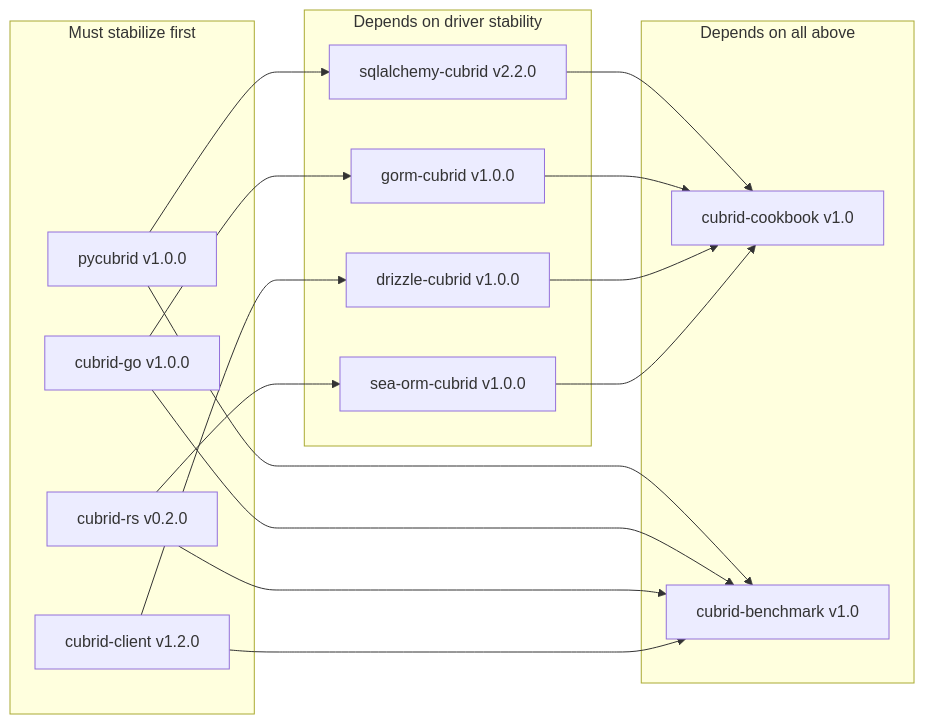
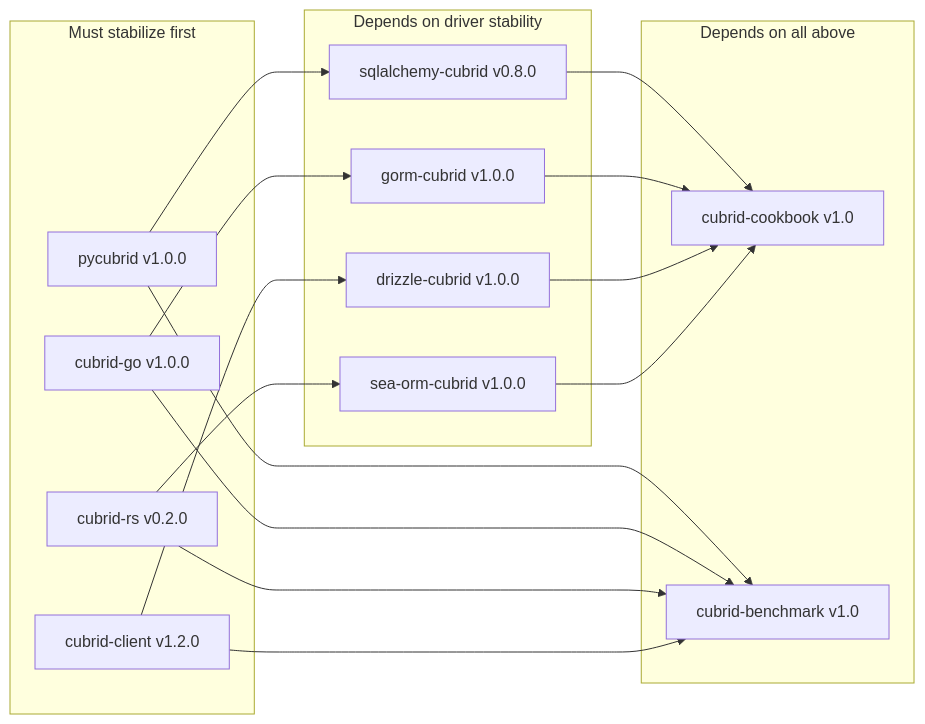
The second of 2 diagrams in ROADMAP.md (cubrid-labs/.github), drawn with Mermaid before and after one commit. The commit also changed other lines of this file and 2 other files, not shown here.

````diff
--- a/ROADMAP.md
+++ b/ROADMAP.md
@@ -81,34 +81,34 @@
 ```mermaid
 graph LR
     subgraph "Must stabilize first"
         A[pycubrid v1.0.0]
         B[cubrid-go v1.0.0]
         C[cubrid-rs v0.2.0]
         D[cubrid-client v1.2.0]
     end
 
     subgraph "Depends on driver stability"
-        E[sqlalchemy-cubrid v2.2.0]
+        E[sqlalchemy-cubrid v0.8.0]
         F[gorm-cubrid v1.0.0]
         G[drizzle-cubrid v1.0.0]
         H[sea-orm-cubrid v1.0.0]
     end
 
     subgraph "Depends on all above"
         I[cubrid-cookbook v1.0]
         J[cubrid-benchmark v1.0]
     end
 
     A --> E
     B --> F
     C --> H
     D --> G
     E --> I
     F --> I
     G --> I
     H --> I
     A --> J
     B --> J
     C --> J
     D --> J
 ```
````
